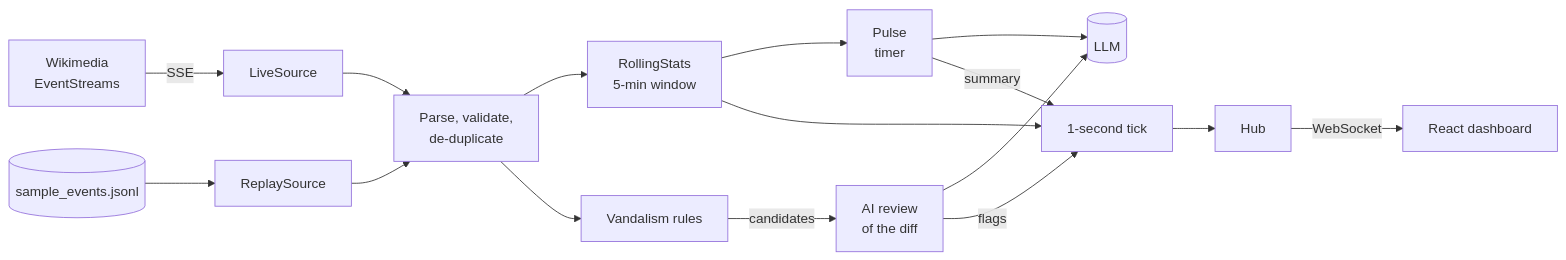
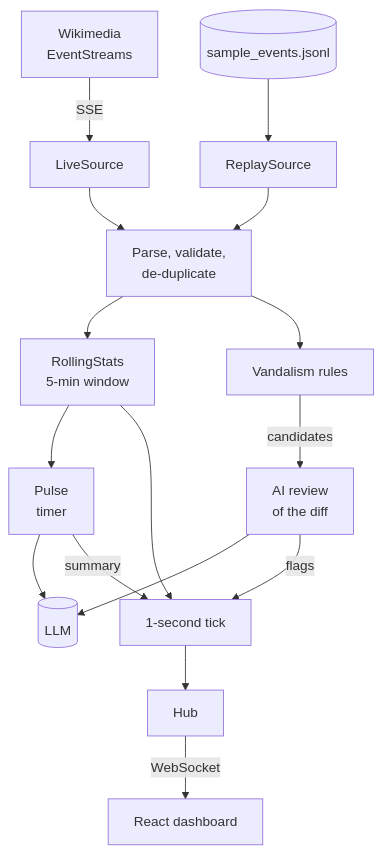
Before and after one commit to AsadSipra/wikipulse: the first of 2 diagrams in README.md, drawn with Mermaid. The commit also changed 1 other file, not shown here.

Commit message:
README: vertical architecture diagram; AI log: explain the stream stall catch

````diff
--- a/README.md
+++ b/README.md
@@ -70,18 +70,18 @@
 ```mermaid
-flowchart LR
+flowchart TD
     WM[Wikimedia<br/>EventStreams] -->|SSE| LS[LiveSource]
     RF[(sample_events.jsonl)] --> RS[ReplaySource]
     LS --> P[Parse, validate,<br/>de-duplicate]
     RS --> P
     P --> ST[RollingStats<br/>5-min window]
     P --> VR[Vandalism rules]
     VR -->|candidates| VA[AI review<br/>of the diff]
     ST --> PU[Pulse<br/>timer]
     PU --> LLM[(LLM)]
     VA --> LLM
     ST --> TK[1-second tick]
     VA -->|flags| TK
     PU -->|summary| TK
     TK --> HUB[Hub]
     HUB -->|WebSocket| UI[React dashboard]
 ```
````
